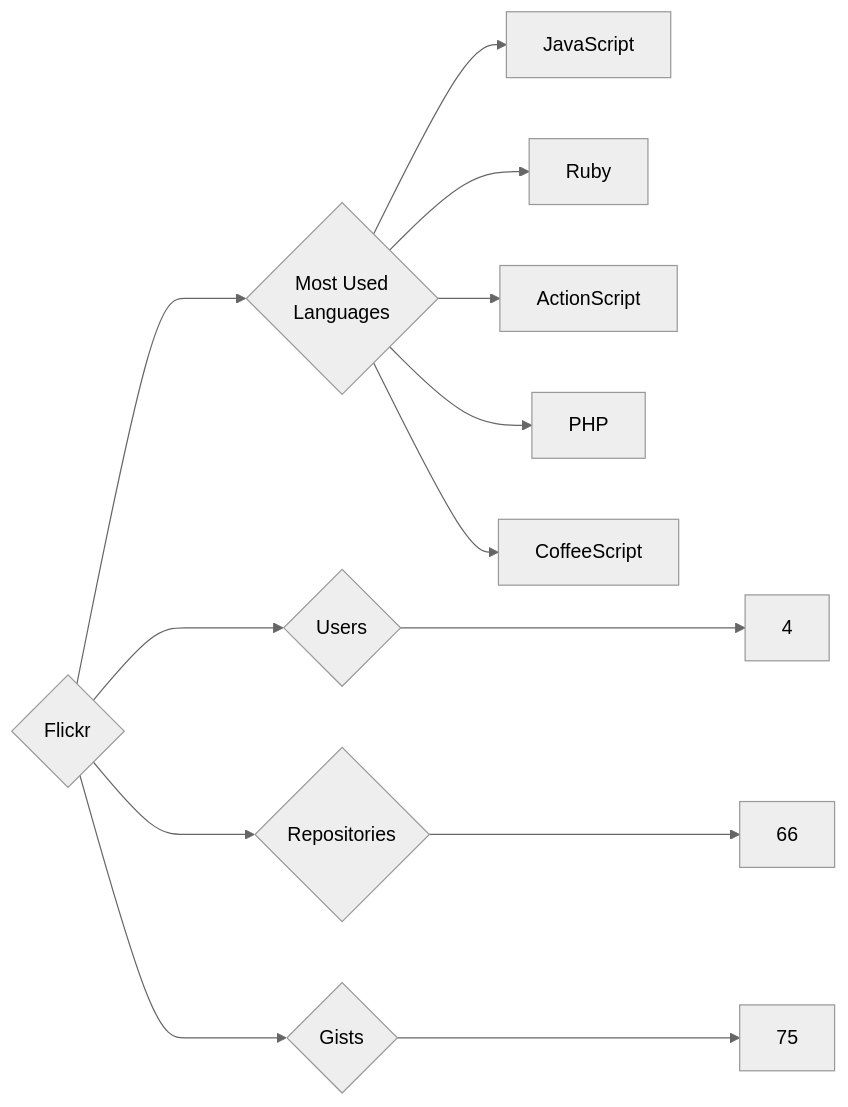
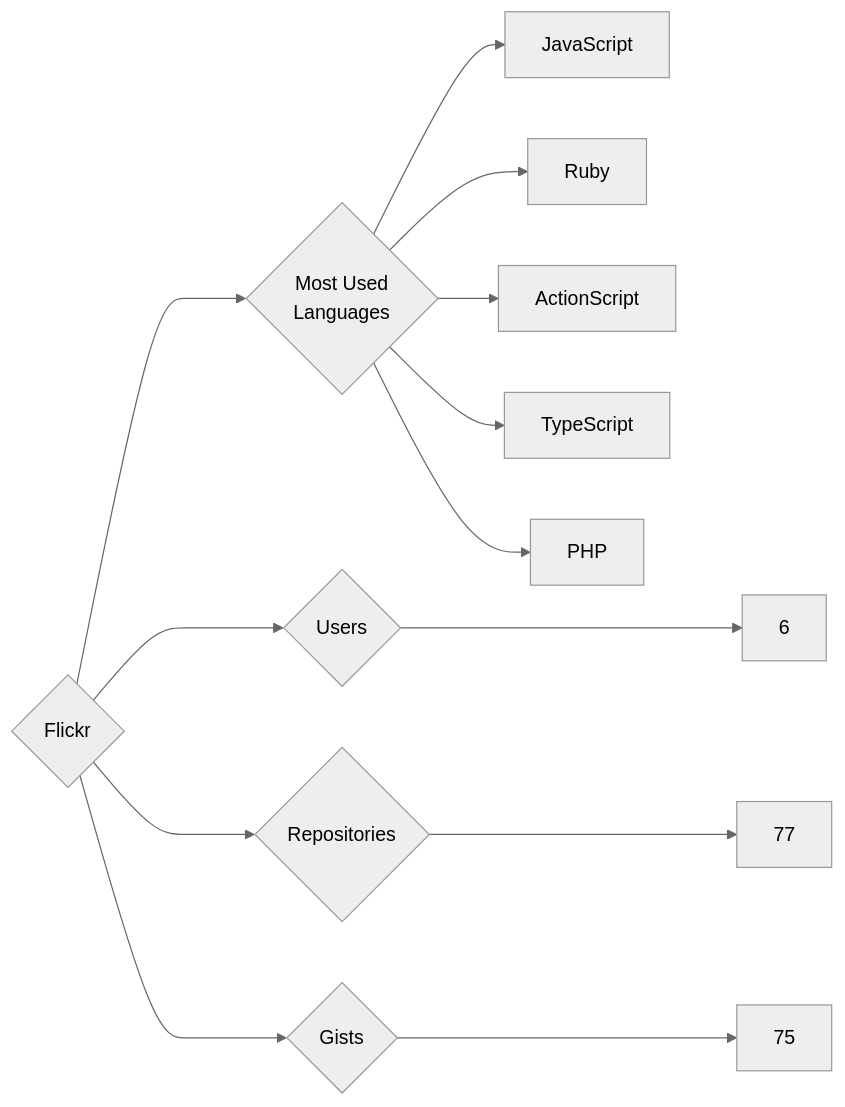
Before and after one commit to trickest/insiders: the diagram in targets/Flickr/README.md, drawn with Mermaid (neutral theme). The commit also changed 899 other files, not shown here.

````diff
--- a/targets/Flickr/README.md
+++ b/targets/Flickr/README.md
@@ -3,13 +3,13 @@
 ```mermaid
 graph LR
 COMPANY_NAME{Flickr}
-COMPANY_NAME ---> U{Users} ---> UN[4]
-COMPANY_NAME ---> R{Repositories} ---> RN[66]
+COMPANY_NAME ---> U{Users} ---> UN[6]
+COMPANY_NAME ---> R{Repositories} ---> RN[77]
 COMPANY_NAME ---> G{Gists} ---> GN[75]
 COMPANY_NAME ---> ML{Most Used<br>Languages}
 ML --> JavaScript[JavaScript]
 ML --> Ruby[Ruby]
 ML --> ActionScript[ActionScript]
+ML --> TypeScript[TypeScript]
 ML --> PHP[PHP]
-ML --> CoffeeScript[CoffeeScript]
 ```
````
